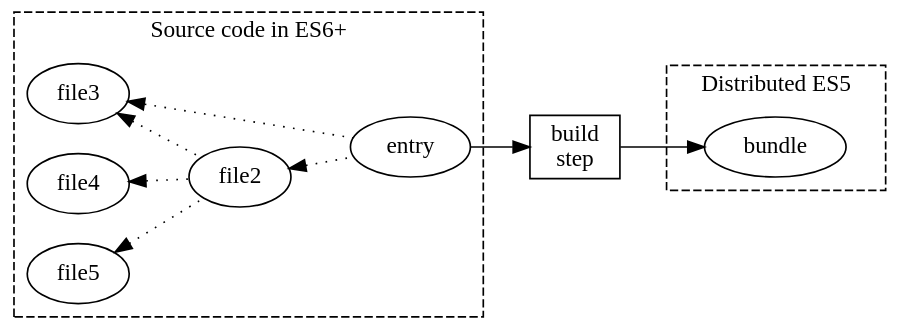
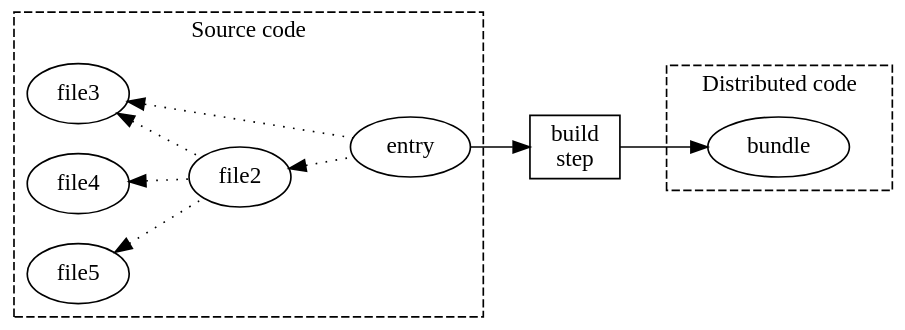
One commit to krawaller/sec changed the first of 6 diagrams in source/chapters/01 - talk/sections/06 - build.md. Above: the diagram before and after it, drawn with Graphviz. The commit also changed other lines of this file and 10 other files, not shown here.

````diff
--- a/source/chapters/01 - talk/sections/06 - build.md
+++ b/source/chapters/01 - talk/sections/06 - build.md
@@ -6,27 +8,27 @@
 ```dot
 digraph {
 bgcolor = transparent
 rankdir = LR
 
 subgraph cluster_source {
-label = "Source code in ES6+"
+label = "Source code"
 style = dashed
 entry, file2, file3, file4, file5
 }
 
 file3 -> file2 -> entry [dir=back style=dotted]
 file3 -> entry [dir=back style=dotted]
 file4 -> file2 [dir=back style=dotted]
 file5 -> file2 [dir=back style=dotted]
 
 bundler [shape=rectangle, label="build\nstep"]
 
 entry -> bundler -> bundle
 
 subgraph cluster_dist {
-label = "Distributed ES5"
+label = "Distributed code"
 style = dashed
 bundle
 }
 }
 ```
````
